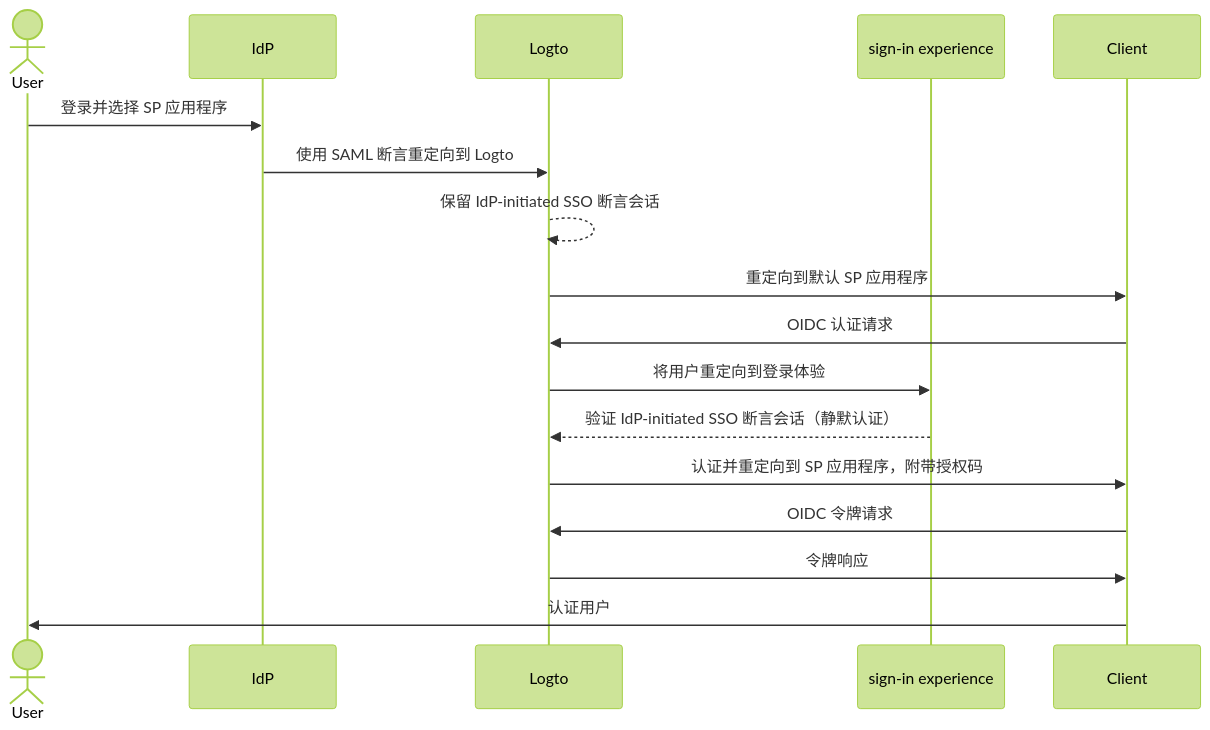
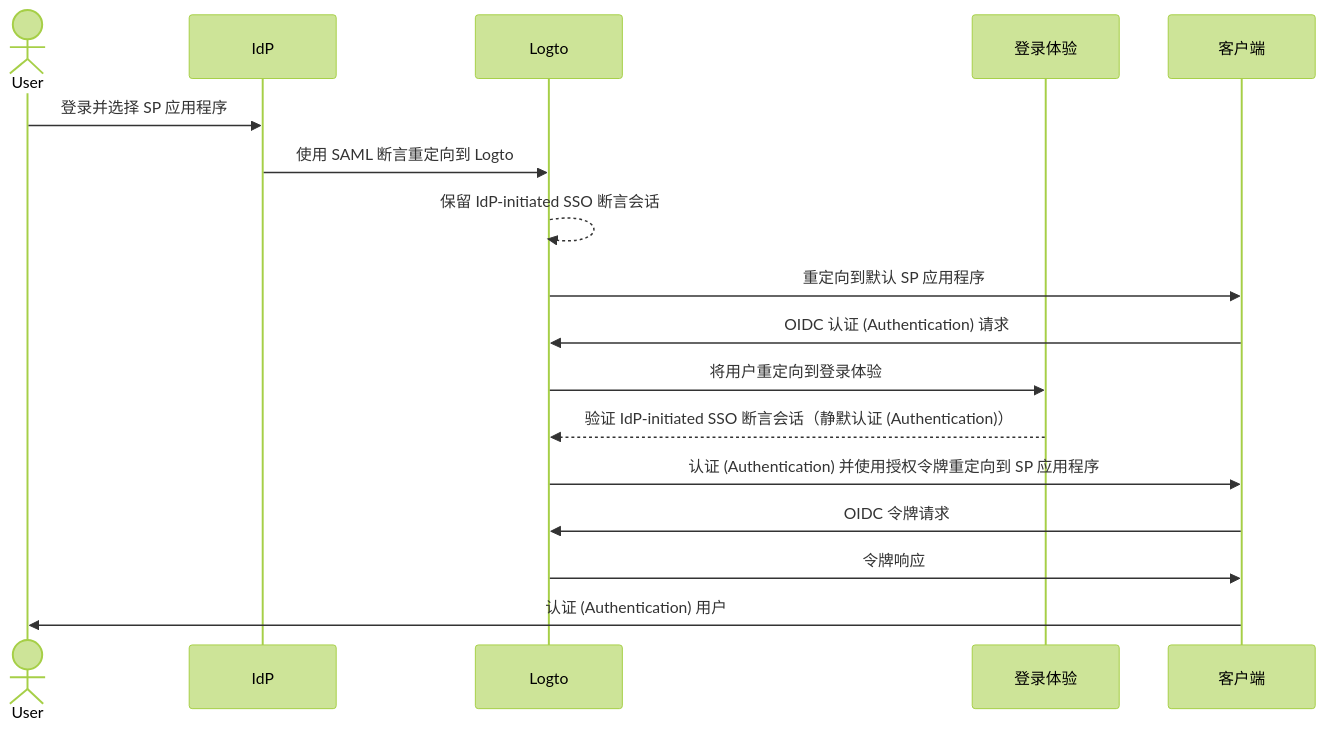
The first of 2 diagrams in i18n/zh-CN/docusaurus-plugin-content-docs/current/end-user-flows/enterprise-sso/idp-initiated-sso.mdx (logto-io/docs), drawn with Mermaid (forest theme) before and after one commit. The commit also changed other lines of this file and 2629 other files, not shown here.

````diff
--- a/i18n/zh-CN/docusaurus-plugin-content-docs/current/end-user-flows/enterprise-sso/idp-initiated-sso.mdx
+++ b/i18n/zh-CN/docusaurus-plugin-content-docs/current/end-user-flows/enterprise-sso/idp-initiated-sso.mdx
@@ -60,20 +63,20 @@
 ```mermaid
 sequenceDiagram
     actor User
     participant IdP as IdP
     participant Logto as Logto
-    participant Experience as sign-in experience
-    participant SP as Client
+    participant Experience as 登录体验
+    participant SP as 客户端
 
     User->>IdP: 登录并选择 SP 应用程序
     IdP->>Logto: 使用 SAML 断言重定向到 Logto
     Logto-->>Logto: 保留 IdP-initiated SSO 断言会话
     Logto->>SP: 重定向到默认 SP 应用程序
-    SP->>Logto: OIDC 认证请求
+    SP->>Logto: OIDC 认证 (Authentication) 请求
     Logto->>Experience: 将用户重定向到登录体验
-    Experience-->>Logto: 验证 IdP-initiated SSO 断言会话（静默认证）
-    Logto->>SP: 认证并重定向到 SP 应用程序，附带授权码
+    Experience-->>Logto: 验证 IdP-initiated SSO 断言会话（静默认证 (Authentication)）
+    Logto->>SP: 认证 (Authentication) 并使用授权令牌重定向到 SP 应用程序
     SP->>Logto: OIDC 令牌请求
     Logto->>SP: 令牌响应
-    SP->>User: 认证用户
+    SP->>User: 认证 (Authentication) 用户
 ```
````
